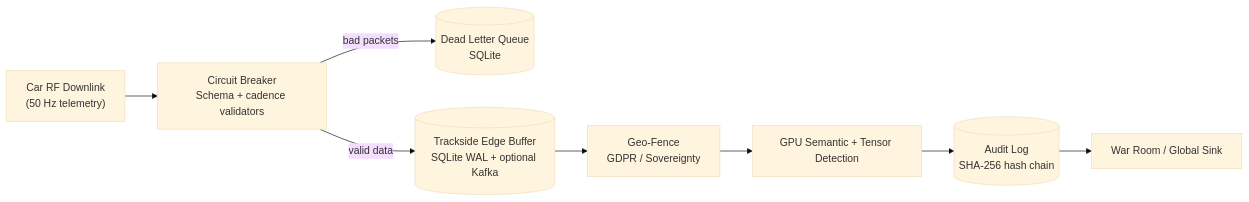
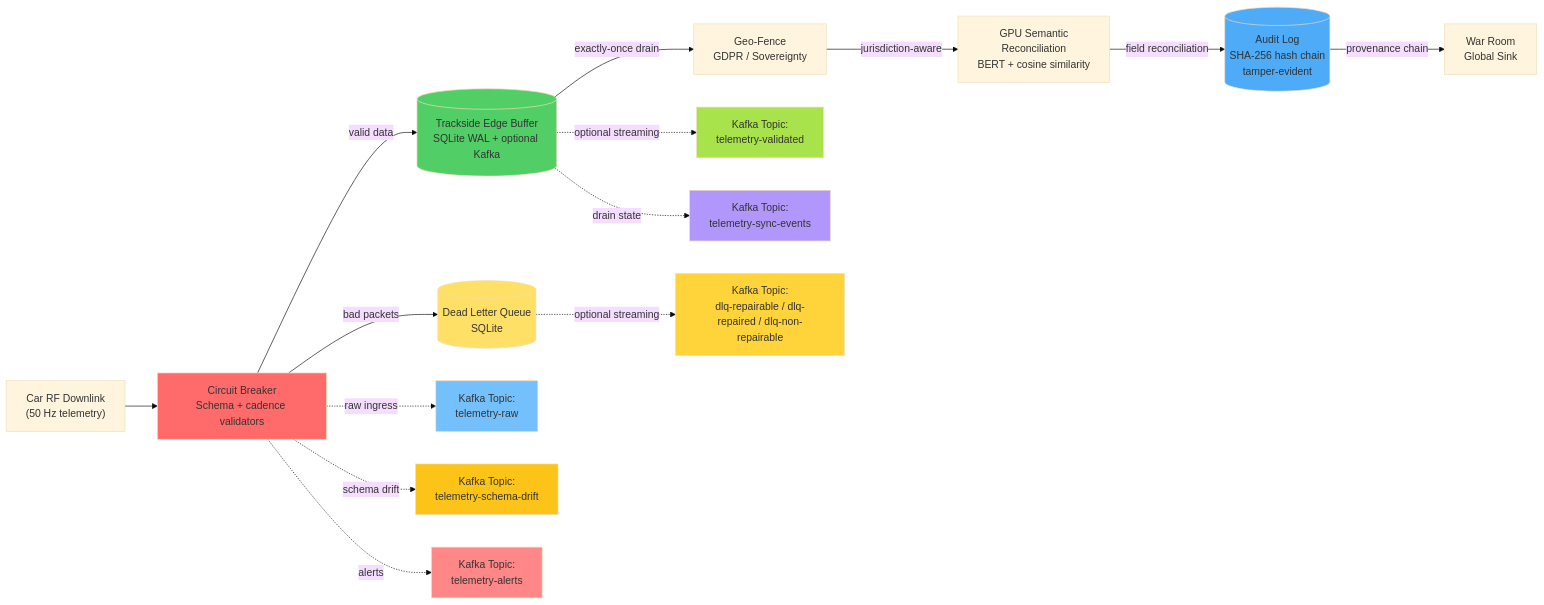
The diagram in README.md (tarek-clarke/Web-Scraping-Demo), drawn with Mermaid (base theme) before and after one commit. The commit also changed other lines of this file and 5 other files, not shown here.

````diff
--- a/README.md
+++ b/README.md
@@ -219,16 +219,42 @@
 ```mermaid
 flowchart LR
     RF["Car RF Downlink<br/>(50 Hz telemetry)"]
     CB["Circuit Breaker<br/>Schema + cadence validators"]
     DLQ[("Dead Letter Queue<br/>SQLite")]
     EDGE[("Trackside Edge Buffer<br/>SQLite WAL + optional Kafka")]
     GEO["Geo-Fence<br/>GDPR / Sovereignty"]
-    BERT["GPU Semantic + Tensor Detection"]
-    AUDIT[("Audit Log<br/>SHA-256 hash chain")]
-    SINK["War Room / Global Sink"]
+    BERT["GPU Semantic<br/>Reconciliation<br/>BERT + cosine similarity"]
+    AUDIT[("Audit Log<br/>SHA-256 hash chain<br/>tamper-evident")]
+    SINK["War Room<br/>Global Sink"]
+    KAFKA_RAW["Kafka Topic:<br/>telemetry-raw"]
+    KAFKA_VALID["Kafka Topic:<br/>telemetry-validated"]
+    KAFKA_DRIFT["Kafka Topic:<br/>telemetry-schema-drift"]
+    KAFKA_ALERTS["Kafka Topic:<br/>telemetry-alerts"]
+    KAFKA_SYNC["Kafka Topic:<br/>telemetry-sync-events"]
+    KAFKA_DLQ["Kafka Topic:<br/>dlq-repairable / dlq-repaired / dlq-non-repairable"]
 
     RF --> CB
     CB -->|bad packets| DLQ
     CB -->|valid data| EDGE
-    EDGE --> GEO --> BERT --> AUDIT --> SINK
+    EDGE -->|exactly-once drain| GEO
+    CB -.->|raw ingress| KAFKA_RAW
+    EDGE -.->|optional streaming| KAFKA_VALID
+    CB -.->|schema drift| KAFKA_DRIFT
+    CB -.->|alerts| KAFKA_ALERTS
+    EDGE -.->|drain state| KAFKA_SYNC
+    DLQ -.->|optional streaming| KAFKA_DLQ
+    GEO -->|jurisdiction-aware| BERT
+    BERT -->|field reconciliation| AUDIT
+    AUDIT -->|provenance chain| SINK
+
+    style CB fill:#ff6b6b
+    style DLQ fill:#ffe066
+    style EDGE fill:#51cf66
+    style AUDIT fill:#4dabf7
+    style KAFKA_RAW fill:#74c0fc
+    style KAFKA_VALID fill:#a9e34b
+    style KAFKA_DRIFT fill:#fcc419
+    style KAFKA_ALERTS fill:#ff8787
+    style KAFKA_SYNC fill:#b197fc
+    style KAFKA_DLQ fill:#ffd43b
 ```
````
